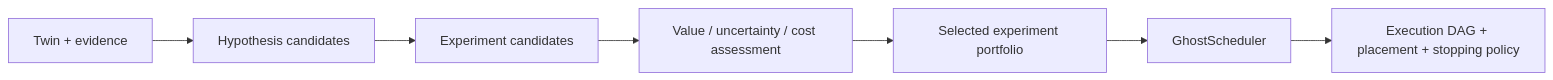
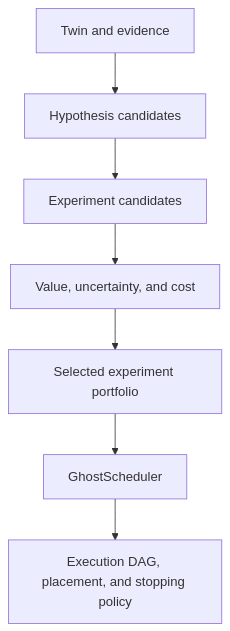
Before and after one commit to chetas1208/GhostRange: the seventh of 8 diagrams in README.md, drawn with Mermaid. The commit also changed other lines of this file and 9 other files, not shown here.

````diff
--- a/README.md
+++ b/README.md
@@ -243,9 +227,9 @@
 ```mermaid
-flowchart LR
-    T[Twin + evidence] --> C[Hypothesis candidates]
-    C --> E[Experiment candidates]
-    E --> U[Value / uncertainty / cost assessment]
-    U --> PORT[Selected experiment portfolio]
-    PORT --> S[GhostScheduler]
-    S --> DAG[Execution DAG + placement + stopping policy]
+flowchart TD
+    T["Twin and evidence"] --> C["Hypothesis candidates"]
+    C --> E["Experiment candidates"]
+    E --> U["Value, uncertainty, and cost"]
+    U --> PORT["Selected experiment portfolio"]
+    PORT --> S["GhostScheduler"]
+    S --> DAG["Execution DAG, placement, and stopping policy"]
 ```
````
